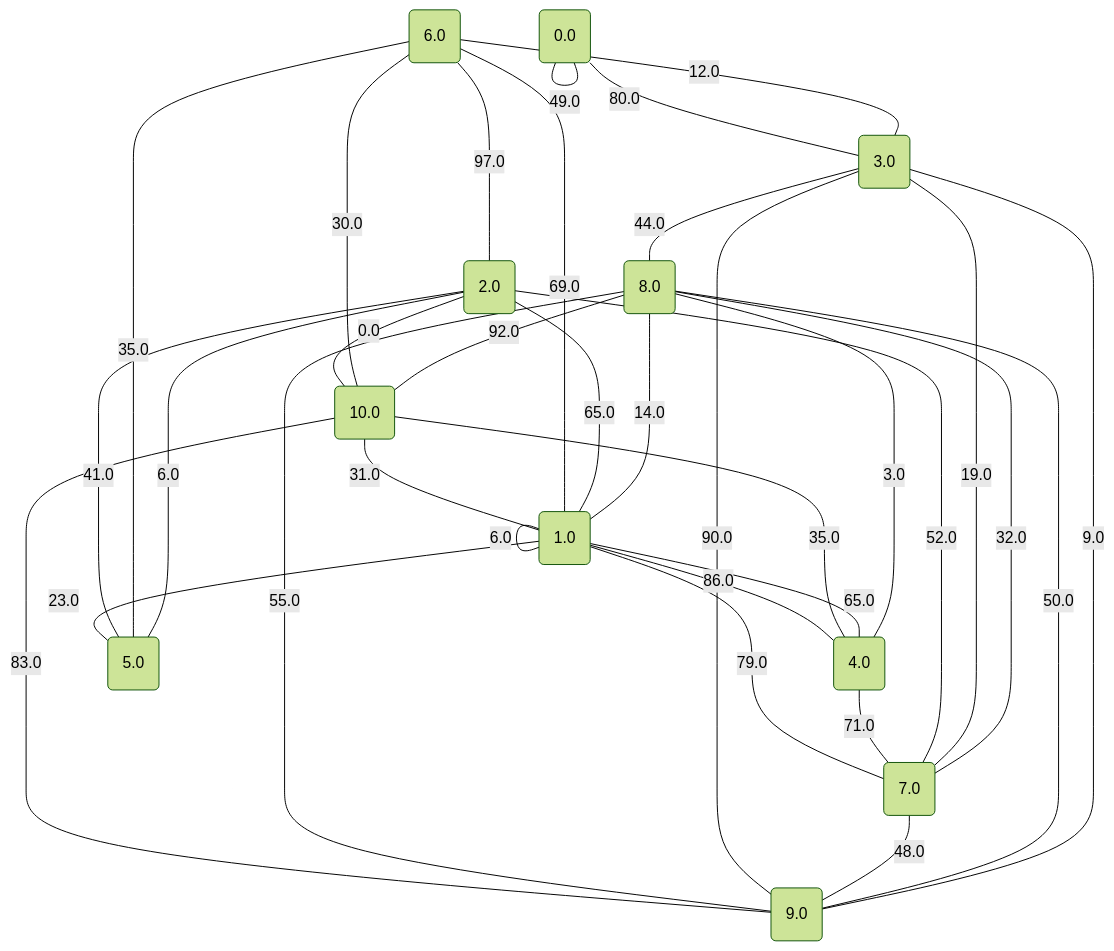
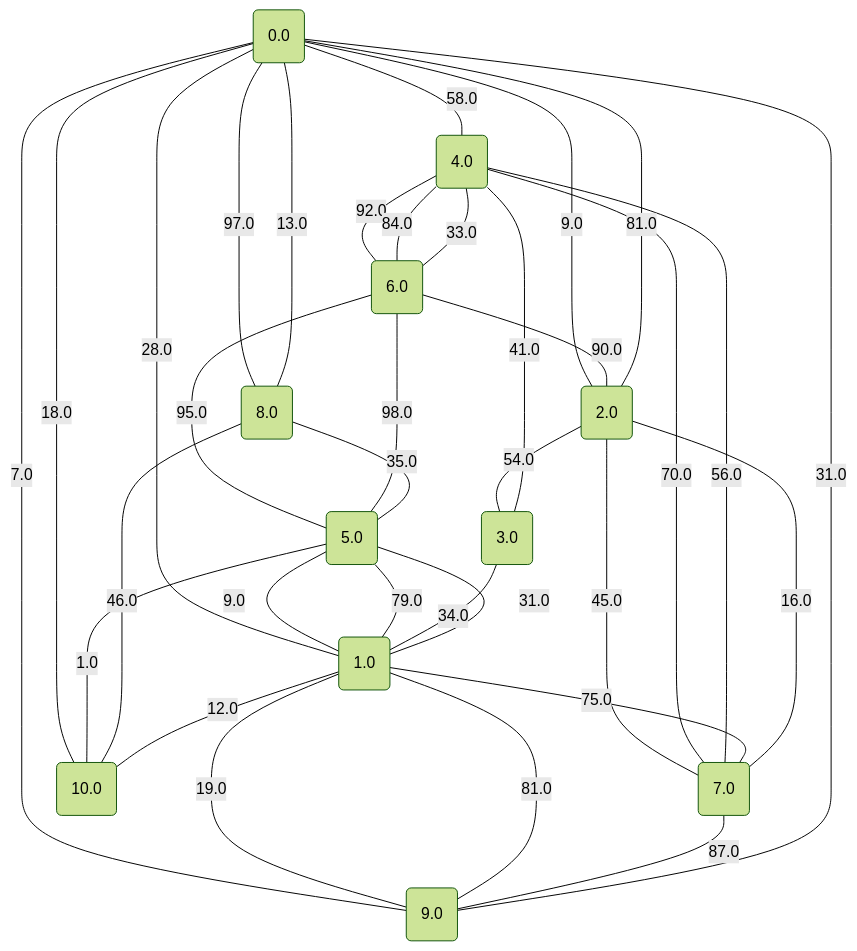
Before and after one commit to metury/graphs: the diagram in project/src/testing/graphs/6.md, drawn with Mermaid (forest theme). The commit also changed 34 other files, not shown here.

````diff
--- a/project/src/testing/graphs/6.md
+++ b/project/src/testing/graphs/6.md
@@ -1,47 +1,47 @@
 ```mermaid
 graph TD;
 	0("0.0");
 	1("1.0");
 	2("2.0");
 	3("3.0");
 	4("4.0");
 	5("5.0");
 	6("6.0");
 	7("7.0");
 	8("8.0");
 	9("9.0");
 	10("10.0");
-	4 -- "35.0" --- 10;
-	1 -- "86.0" --- 4;
-	7 -- "19.0" --- 3;
-	4 -- "65.0" --- 1;
-	1 -- "14.0" --- 8;
-	10 -- "83.0" --- 9;
-	3 -- "44.0" --- 8;
-	1 -- "79.0" --- 7;
-	9 -- "9.0" --- 3;
-	4 -- "71.0" --- 7;
-	1 -- "23.0" --- 5;
-	0 -- "80.0" --- 3;
-	0 -- "49.0" --- 0;
-	2 -- "41.0" --- 5;
-	6 -- "35.0" --- 5;
-	7 -- "32.0" --- 8;
-	8 -- "55.0" --- 9;
-	2 -- "6.0" --- 5;
-	2 -- "0.0" --- 10;
-	4 -- "3.0" --- 8;
-	1 -- "40.0" --- 1;
-	6 -- "30.0" --- 10;
-	6 -- "12.0" --- 3;
-	3 -- "90.0" --- 9;
-	10 -- "31.0" --- 1;
-	7 -- "48.0" --- 9;
-	6 -- "69.0" --- 1;
-	2 -- "52.0" --- 7;
-	8 -- "50.0" --- 9;
-	2 -- "65.0" --- 1;
-	1 -- "6.0" --- 1;
-	6 -- "97.0" --- 2;
-	8 -- "92.0" --- 10;
+	2 -- "16.0" --- 7;
+	0 -- "13.0" --- 8;
+	8 -- "97.0" --- 0;
+	2 -- "9.0" --- 0;
+	4 -- "33.0" --- 6;
+	1 -- "12.0" --- 10;
+	5 -- "31.0" --- 1;
+	8 -- "35.0" --- 5;
+	6 -- "92.0" --- 4;
+	3 -- "34.0" --- 1;
+	1 -- "75.0" --- 7;
+	0 -- "31.0" --- 9;
+	6 -- "98.0" --- 5;
+	9 -- "81.0" --- 1;
+	4 -- "56.0" --- 7;
+	0 -- "81.0" --- 2;
+	4 -- "70.0" --- 7;
+	6 -- "95.0" --- 5;
+	5 -- "79.0" --- 1;
+	9 -- "19.0" --- 1;
+	0 -- "58.0" --- 4;
+	7 -- "87.0" --- 9;
+	1 -- "28.0" --- 0;
+	10 -- "1.0" --- 5;
+	5 -- "9.0" --- 1;
+	4 -- "41.0" --- 3;
+	4 -- "84.0" --- 6;
+	2 -- "54.0" --- 3;
+	8 -- "46.0" --- 10;
+	9 -- "7.0" --- 0;
+	2 -- "45.0" --- 7;
+	6 -- "90.0" --- 2;
+	10 -- "18.0" --- 0;
 ```
````
